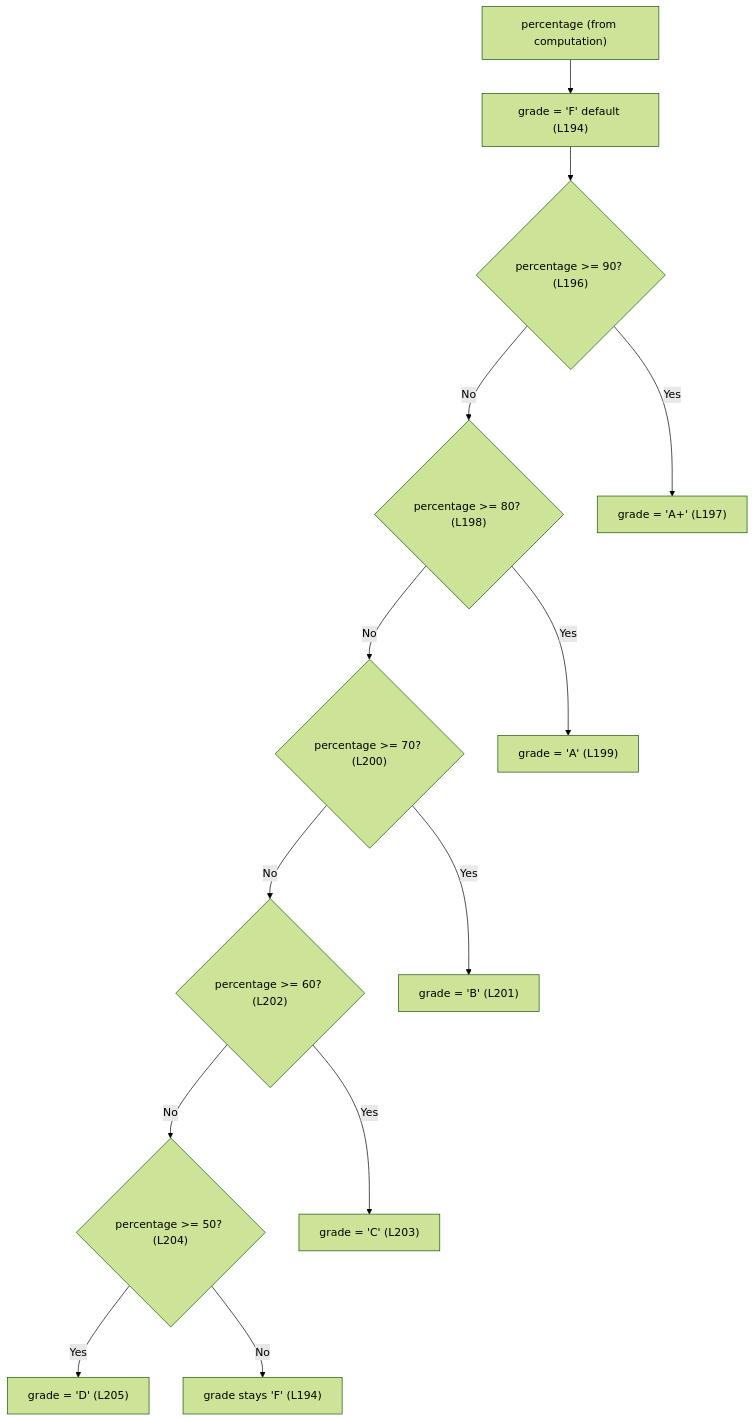
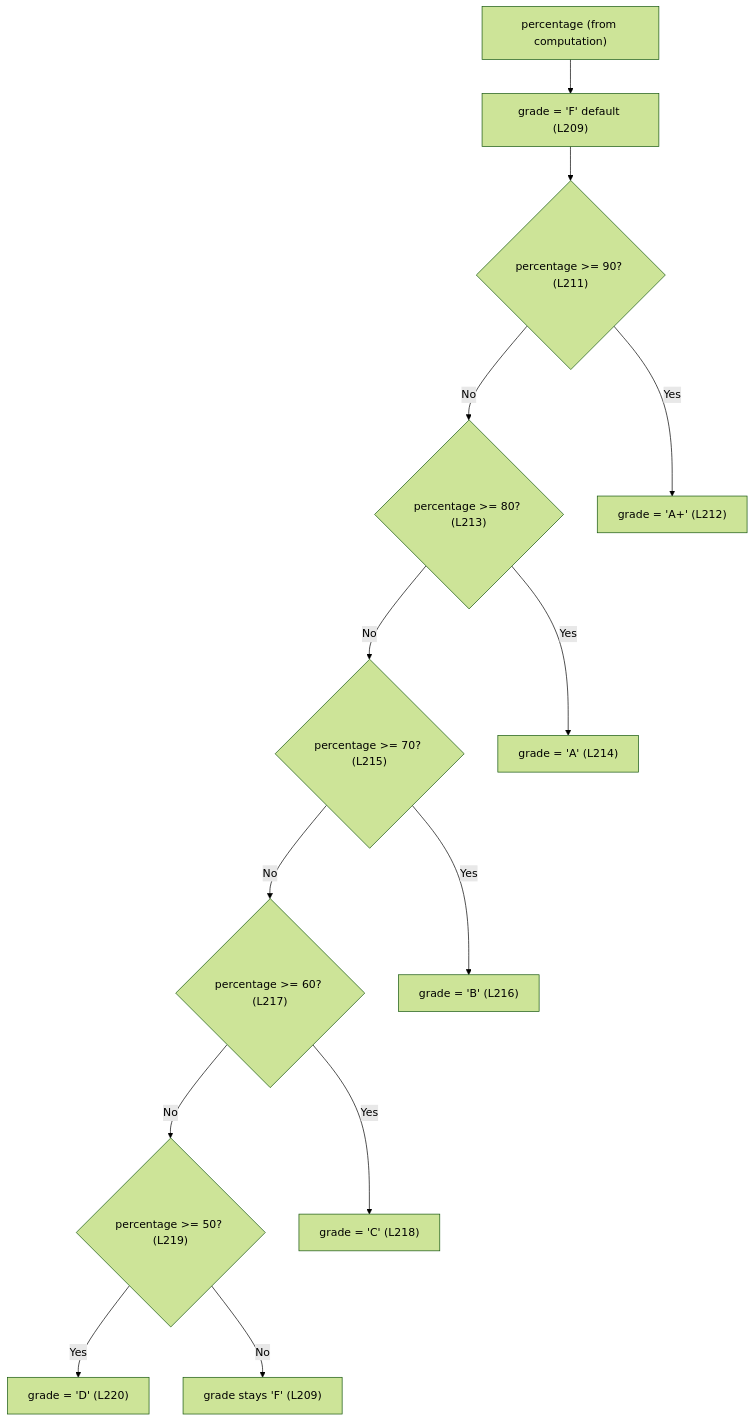
The diagram in docs/functionality/grading.md (ajitblitzy/Student_Mngt_09-Jun-2026), drawn with Mermaid (forest theme) before and after one commit. The commit also changed other lines of this file and 17 other files, not shown here.

````diff
--- a/docs/functionality/grading.md
+++ b/docs/functionality/grading.md
@@ -99,27 +99,27 @@
 ```mermaid
 flowchart TD
     Start["percentage (from computation)"]
-    Init["grade = 'F' default (L194)"]
-    Q1{"percentage >= 90? (L196)"}
-    Q2{"percentage >= 80? (L198)"}
-    Q3{"percentage >= 70? (L200)"}
-    Q4{"percentage >= 60? (L202)"}
-    Q5{"percentage >= 50? (L204)"}
-    Aplus["grade = 'A+' (L197)"]
-    Ag["grade = 'A' (L199)"]
-    Bg["grade = 'B' (L201)"]
-    Cg["grade = 'C' (L203)"]
-    Dg["grade = 'D' (L205)"]
-    Fg["grade stays 'F' (L194)"]
+    Init["grade = 'F' default (L209)"]
+    Q1{"percentage >= 90? (L211)"}
+    Q2{"percentage >= 80? (L213)"}
+    Q3{"percentage >= 70? (L215)"}
+    Q4{"percentage >= 60? (L217)"}
+    Q5{"percentage >= 50? (L219)"}
+    Aplus["grade = 'A+' (L212)"]
+    Ag["grade = 'A' (L214)"]
+    Bg["grade = 'B' (L216)"]
+    Cg["grade = 'C' (L218)"]
+    Dg["grade = 'D' (L220)"]
+    Fg["grade stays 'F' (L209)"]
     Start --> Init --> Q1
     Q1 -->|"Yes"| Aplus
     Q1 -->|"No"| Q2
     Q2 -->|"Yes"| Ag
     Q2 -->|"No"| Q3
     Q3 -->|"Yes"| Bg
     Q3 -->|"No"| Q4
     Q4 -->|"Yes"| Cg
     Q4 -->|"No"| Q5
     Q5 -->|"Yes"| Dg
     Q5 -->|"No"| Fg
 ```
````
